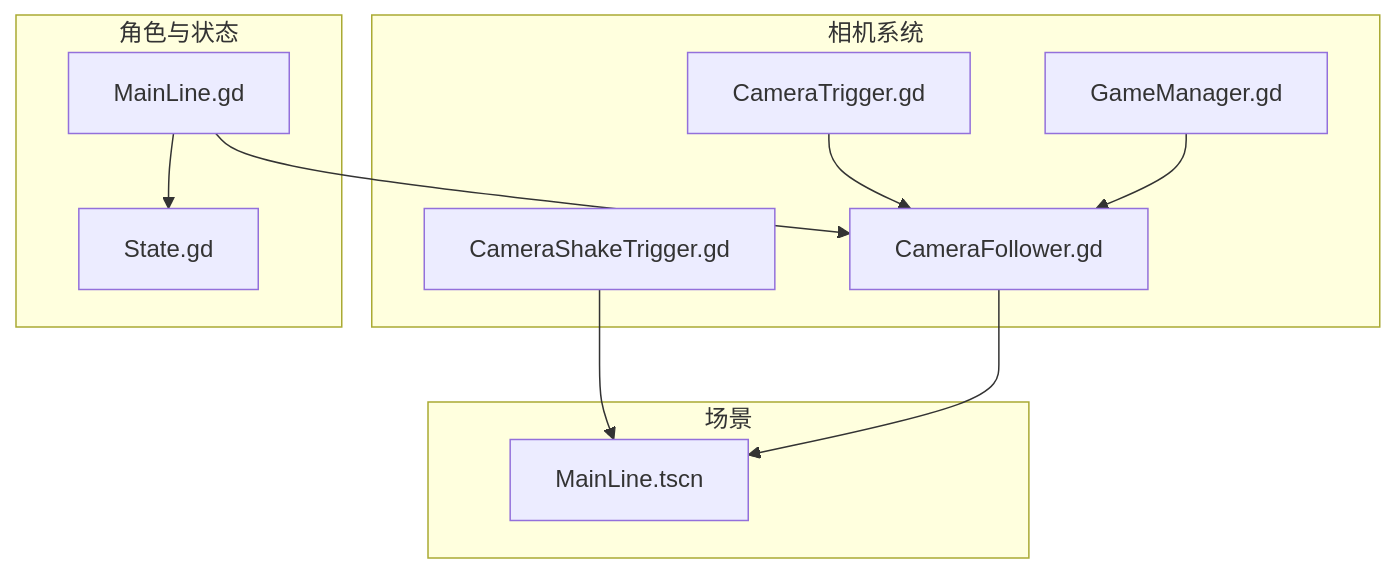
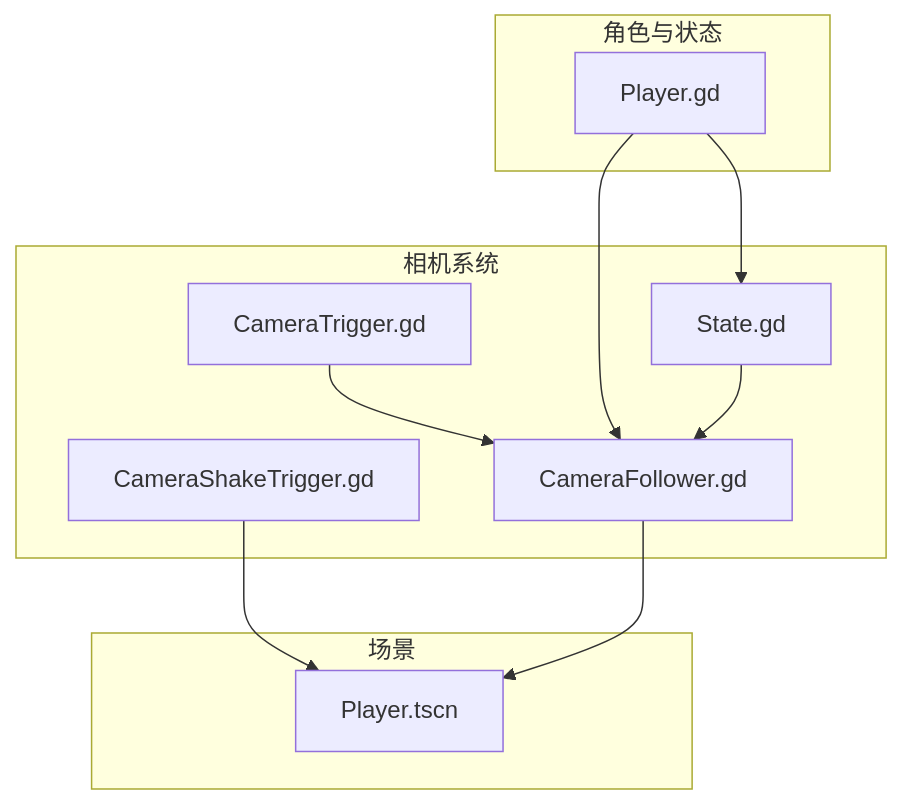
Before and after one commit to godotline/godot-line: the first of 7 diagrams in .qoder/repowiki/zh/content/游戏系统/触发器系统/相机触发器.md, drawn with Mermaid. The commit also changed other lines of this file and 10 other files, not shown here.

````diff
--- a/.qoder/repowiki/zh/content/游戏系统/触发器系统/相机触发器.md
+++ b/.qoder/repowiki/zh/content/游戏系统/触发器系统/相机触发器.md
@@ -60,22 +56,21 @@
 ```mermaid
 graph TB
 subgraph "相机系统"
 CF["CameraFollower.gd"]
 CT["CameraTrigger.gd"]
 CST["CameraShakeTrigger.gd"]
-GM["GameManager.gd"]
+ST["State.gd"]
 end
 subgraph "角色与状态"
-ML["MainLine.gd"]
-ST["State.gd"]
+PL["Player.gd"]
 end
 subgraph "场景"
-SCN["MainLine.tscn"]
+SCN["Player.tscn"]
 end
 CT --> CF
 CST --> SCN
 CF --> SCN
-ML --> CF
-ML --> ST
-GM --> CF
+PL --> CF
+PL --> ST
+ST --> CF
 ```
````
